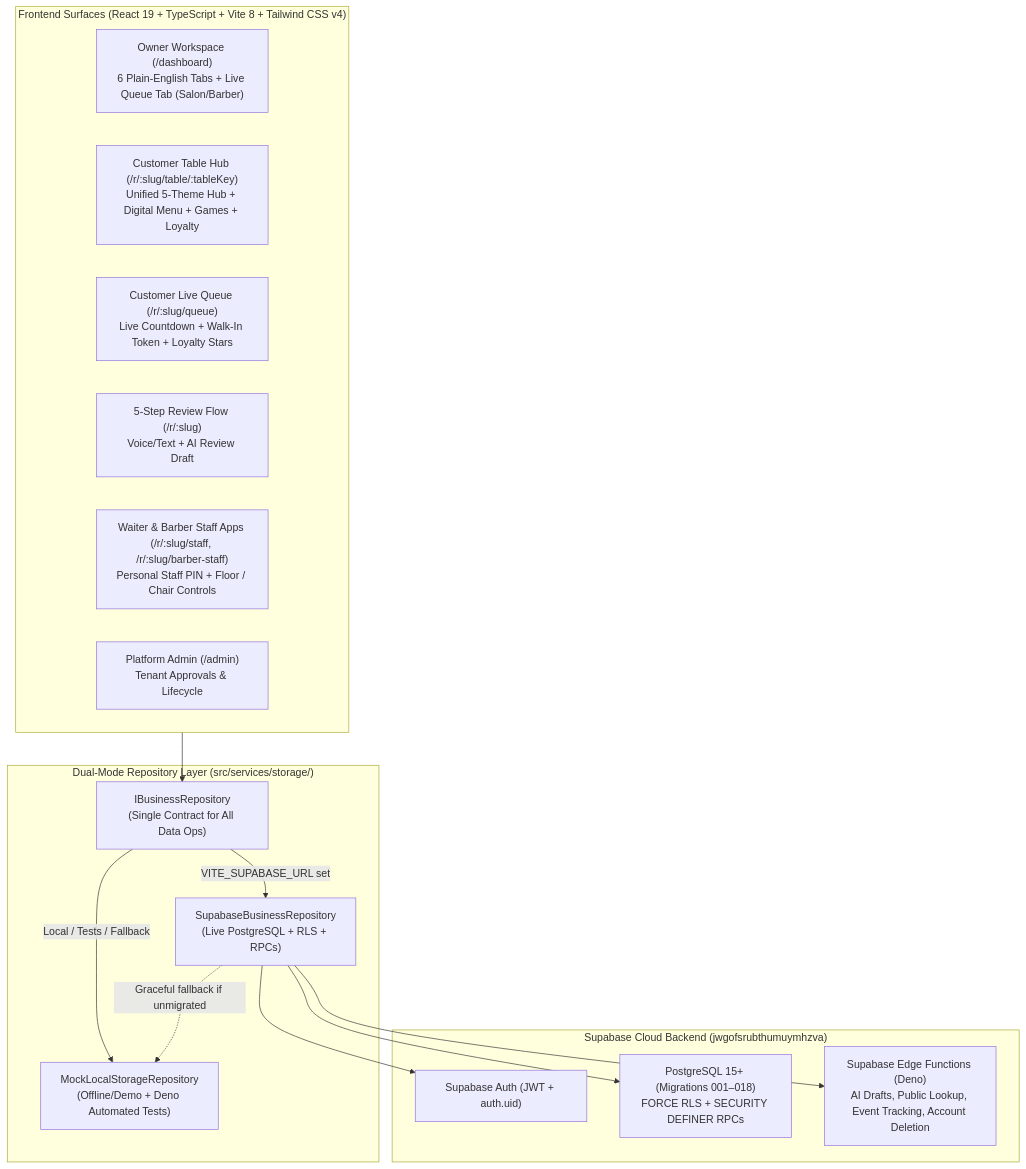
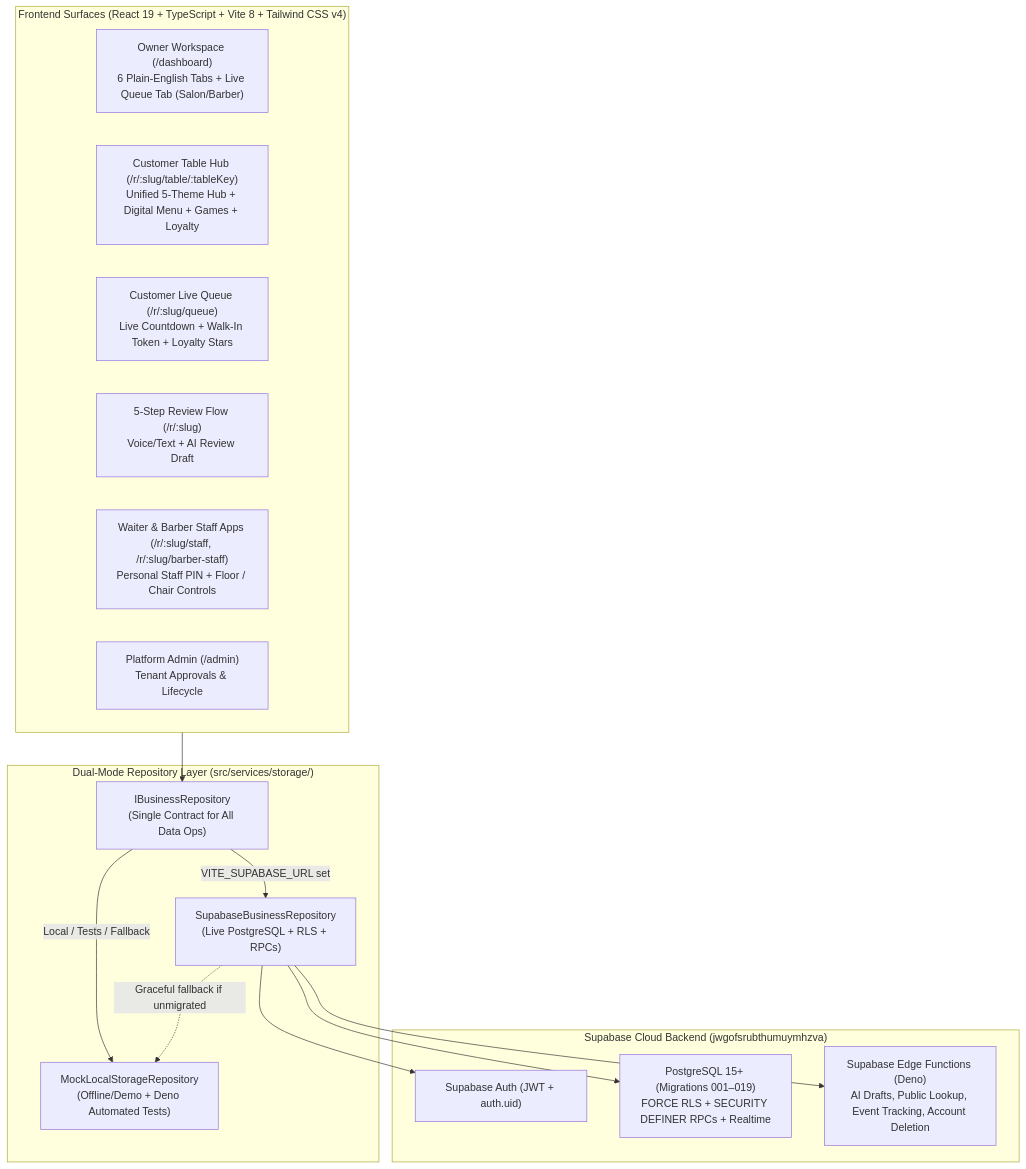
Before and after one commit to pusalalaxmi41-ctrl/reviewassist-saas: the first of 3 diagrams in ARCHITECTURE.md, drawn with Mermaid. The commit also changed other lines of this file and 20 other files, not shown here.

````diff
--- a/ARCHITECTURE.md
+++ b/ARCHITECTURE.md
@@ -16,31 +16,31 @@
 ```mermaid
 flowchart TB
     subgraph Clients["Frontend Surfaces (React 19 + TypeScript + Vite 8 + Tailwind CSS v4)"]
         Owner["Owner Workspace (/dashboard)\n6 Plain-English Tabs + Live Queue Tab (Salon/Barber)"]
         Customer["Customer Table Hub (/r/:slug/table/:tableKey)\nUnified 5-Theme Hub + Digital Menu + Games + Loyalty"]
         BarberGuest["Customer Live Queue (/r/:slug/queue)\nLive Countdown + Walk-In Token + Loyalty Stars"]
         Review["5-Step Review Flow (/r/:slug)\nVoice/Text + AI Review Draft"]
         Waiter["Waiter & Barber Staff Apps (/r/:slug/staff, /r/:slug/barber-staff)\nPersonal Staff PIN + Floor / Chair Controls"]
         Admin["Platform Admin (/admin)\nTenant Approvals & Lifecycle"]
     end
 
     subgraph Repository["Dual-Mode Repository Layer (src/services/storage/)"]
         Interface["IBusinessRepository\n(Single Contract for All Data Ops)"]
         SupaRepo["SupabaseBusinessRepository\n(Live PostgreSQL + RLS + RPCs)"]
         MockRepo["MockLocalStorageRepository\n(Offline/Demo + Deno Automated Tests)"]
     end
 
     subgraph Backend["Supabase Cloud Backend (jwgofsrubthumuymhzva)"]
         Auth["Supabase Auth (JWT + auth.uid)"]
-        DB["PostgreSQL 15+ (Migrations 001–018)\nFORCE RLS + SECURITY DEFINER RPCs"]
+        DB["PostgreSQL 15+ (Migrations 001–019)\nFORCE RLS + SECURITY DEFINER RPCs + Realtime"]
         Edge["Supabase Edge Functions (Deno)\nAI Drafts, Public Lookup, Event Tracking, Account Deletion"]
     end
 
     Clients --> Interface
     Interface -->|"VITE_SUPABASE_URL set"| SupaRepo
     Interface -->|"Local / Tests / Fallback"| MockRepo
     SupaRepo --> Auth
     SupaRepo --> DB
     SupaRepo --> Edge
     SupaRepo -.->|"Graceful fallback if unmigrated"| MockRepo
 ```
````
